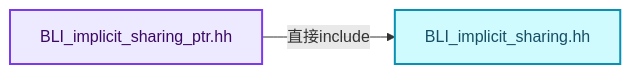
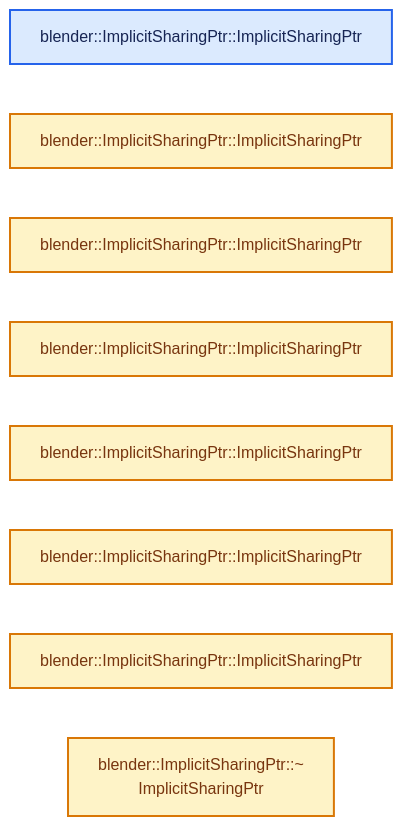
Before and after one commit to yunkezengren/blender-.vscode: the second of 4 diagrams in 杂/markdown/全面学习-codex/06-隐式共享与缓存系统/03-Mixin与共享指针封装.md, drawn with Mermaid. The commit also changed other lines of this file and 1930 other files, not shown here.

````diff
--- a/杂/markdown/全面学习-codex/06-隐式共享与缓存系统/03-Mixin与共享指针封装.md
+++ b/杂/markdown/全面学习-codex/06-隐式共享与缓存系统/03-Mixin与共享指针封装.md
@@ -85,12 +46,17 @@
 ```mermaid
 flowchart LR
-  S["BLI_implicit_sharing_ptr.hh"]:::abstraction
-  I0["BLI_implicit_sharing.hh"]:::data
-  S -->|"直接include"| I0
+  F0["blender::ImplicitSharingPtr::ImplicitSharingPtr"]:::input
+  F1["blender::ImplicitSharingPtr::ImplicitSharingPtr"]:::compute
+  F2["blender::ImplicitSharingPtr::ImplicitSharingPtr"]:::compute
+  F3["blender::ImplicitSharingPtr::ImplicitSharingPtr"]:::compute
+  F4["blender::ImplicitSharingPtr::ImplicitSharingPtr"]:::compute
+  F5["blender::ImplicitSharingPtr::ImplicitSharingPtr"]:::compute
+  F6["blender::ImplicitSharingPtr::ImplicitSharingPtr"]:::compute
+  F7["blender::ImplicitSharingPtr::~<br/>ImplicitSharingPtr"]:::compute
   classDef input fill:#DBEAFE,stroke:#2563EB,color:#172554,stroke-width:2px;
   classDef data fill:#CFFAFE,stroke:#0891B2,color:#164E63,stroke-width:2px;
   classDef abstraction fill:#EDE9FE,stroke:#7C3AED,color:#3B0764,stroke-width:2px;
   classDef compute fill:#FEF3C7,stroke:#D97706,color:#78350F,stroke-width:2px;
   classDef result fill:#DCFCE7,stroke:#16A34A,color:#14532D,stroke-width:2px;
   classDef error fill:#FEE2E2,stroke:#DC2626,color:#7F1D1D,stroke-width:2px;
 ```
````
